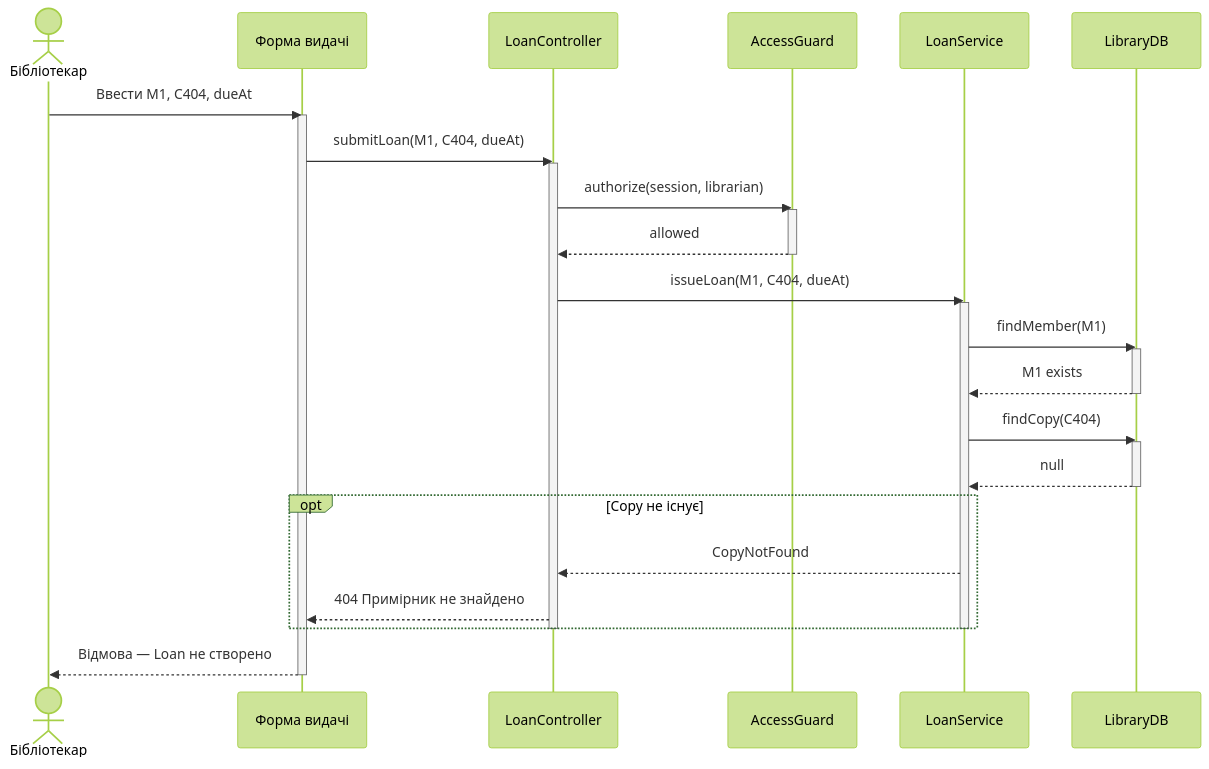
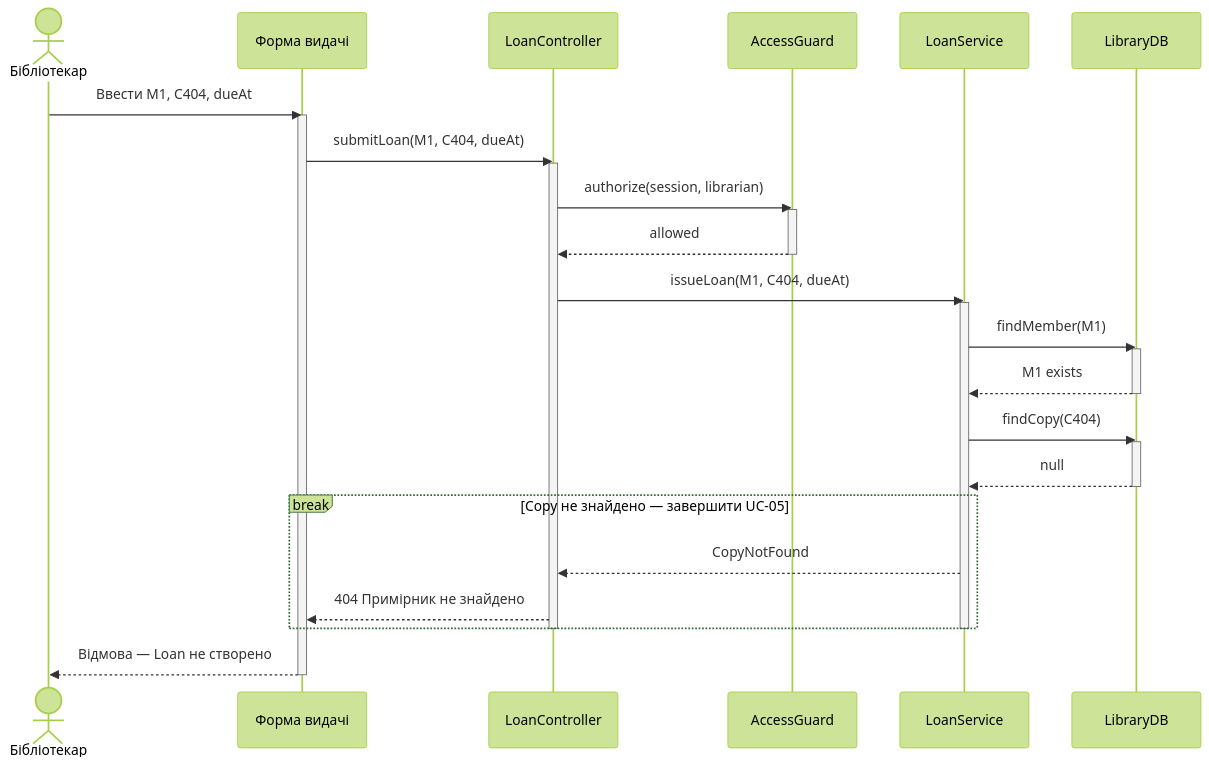
One commit to Alex9011/KPI2-Lab3 changed the diagram in sequence/S-06-copy-missing.mmd. Above: the diagram before and after it, drawn with Mermaid (forest theme). The commit also changed 1 other file, not shown here.

Commit message:
Stop missing entity scenarios with break

```diff
--- a/sequence/S-06-copy-missing.mmd
+++ b/sequence/S-06-copy-missing.mmd
@@ -1,34 +1,34 @@
 sequenceDiagram
     %% title: S-06 — Примірника не знайдено
     actor B as Бібліотекар
     participant UI as Форма видачі
     participant C as LoanController
     participant A as AccessGuard
     participant S as LoanService
     participant D as LibraryDB
     B->>UI: Ввести M1, C404, dueAt
     activate UI
     UI->>C: submitLoan(M1, C404, dueAt)
     activate C
     C->>A: authorize(session, librarian)
     activate A
     A-->>C: allowed
     deactivate A
     C->>S: issueLoan(M1, C404, dueAt)
     activate S
     S->>D: findMember(M1)
     activate D
     D-->>S: M1 exists
     deactivate D
     S->>D: findCopy(C404)
     activate D
     D-->>S: null
     deactivate D
-    opt Copy не існує
+    break Copy не знайдено — завершити UC-05
         S-->>C: CopyNotFound
         C-->>UI: 404 Примірник не знайдено
     end
     deactivate S
     deactivate C
     UI-->>B: Відмова — Loan не створено
     deactivate UI
```
